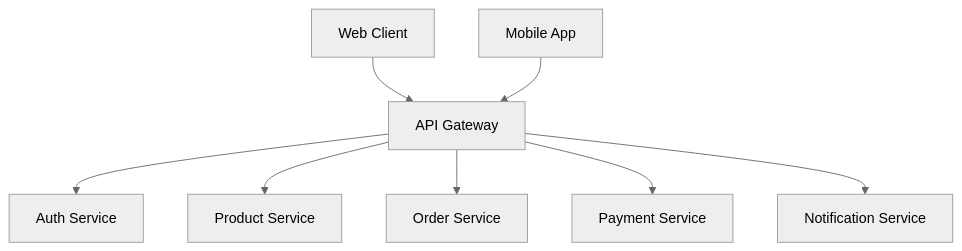
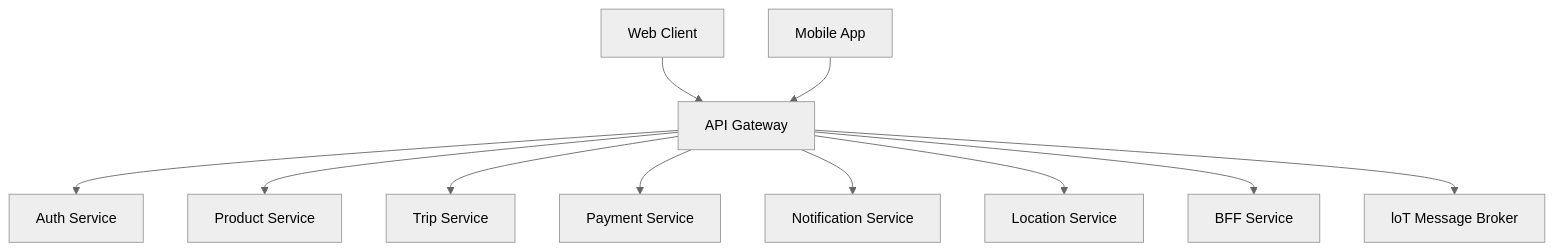
One commit to sinitsina098-hash/new-catalog changed the diagram in arkhitekturnoe-kata-prakticheskoe-rukovodstv/shering-elektrosamokatov/arkhitekturnoe-kata-2.mermaid. Above: the diagram before and after it, drawn with Mermaid (neutral theme). The commit also changed 1 other file, not shown here.

```diff
--- a/arkhitekturnoe-kata-prakticheskoe-rukovodstv/shering-elektrosamokatov/arkhitekturnoe-kata-2.mermaid
+++ b/arkhitekturnoe-kata-prakticheskoe-rukovodstv/shering-elektrosamokatov/arkhitekturnoe-kata-2.mermaid
@@ -1,8 +1,11 @@
 graph TD
     WEB[Web Client] --> API[API Gateway]
     MOB[Mobile App] --> API
     API --> AUTH[Auth Service]
     API --> PROD[Product Service]
-    API --> ORDER[Order Service]
+    API --> Trip[Trip Service]
     API --> PAYMENT[Payment Service]
     API --> NOTIFY[Notification Service]
+    API --> Location[Location Service]
+    API --> BFF[BFF Service] 
+    API --> loT[loT Message Broker]
```
